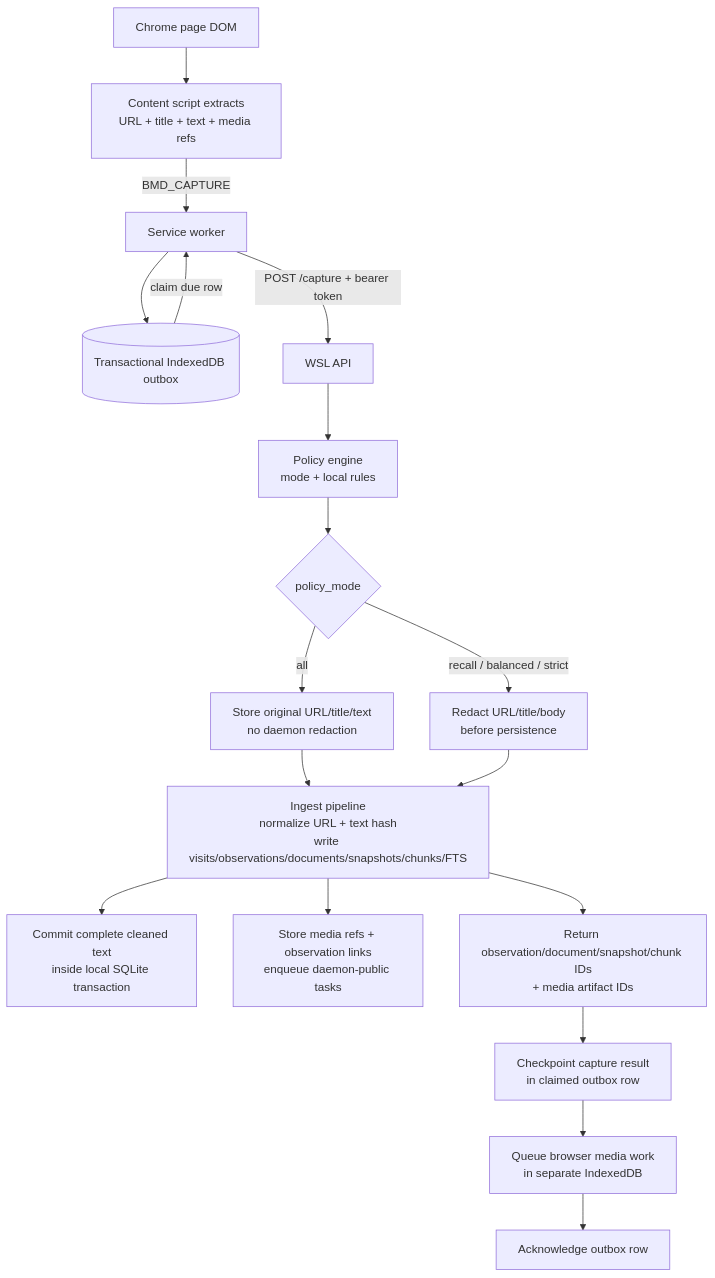
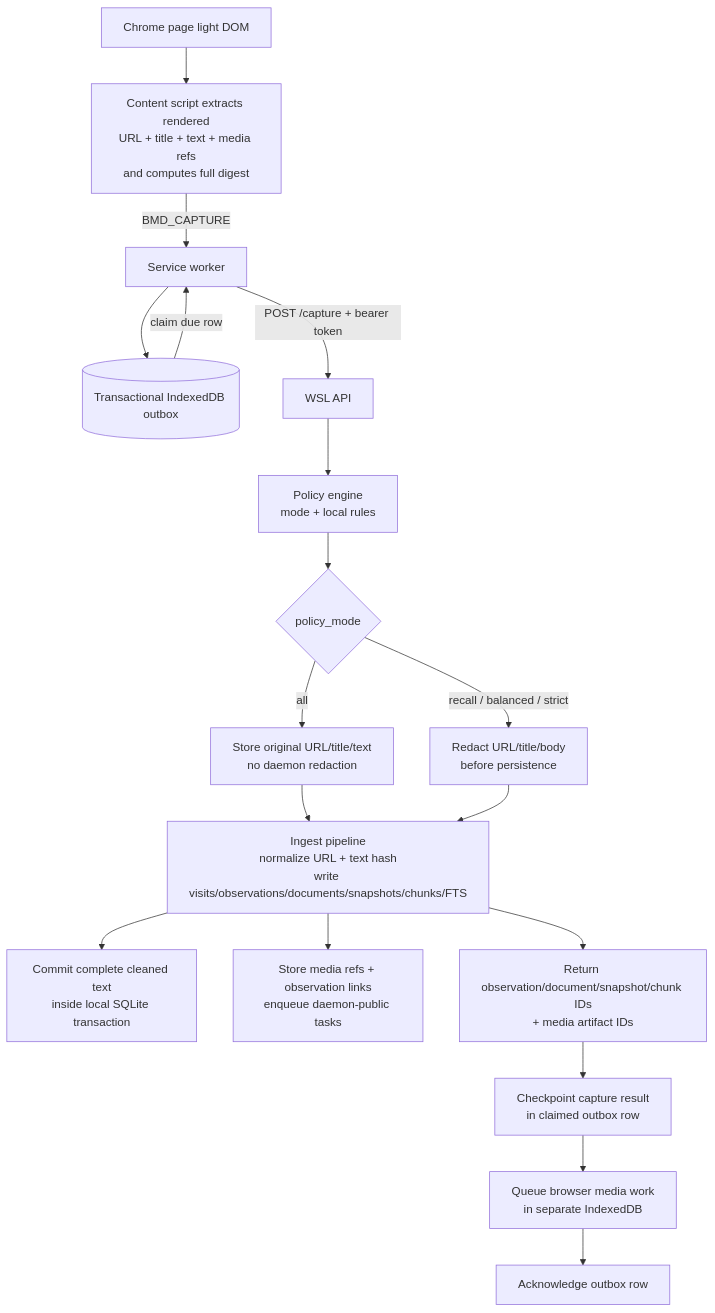
The third of 8 diagrams in docs/DIAGRAMS.md (michaelnicks0/browser-memory-daemon), drawn with Mermaid before and after one commit. The commit also changed other lines of this file and 48 other files, not shown here.

Commit message:
fix(extension): use full digest and rendered visibility

````diff
--- a/docs/DIAGRAMS.md
+++ b/docs/DIAGRAMS.md
@@ -66,20 +66,20 @@
 ```mermaid
 flowchart TD
-  Page["Chrome page DOM"] --> Extract["Content script extracts<br/>URL + title + text + media refs"]
+  Page["Chrome page light DOM"] --> Extract["Content script extracts rendered<br/>URL + title + text + media refs<br/>and computes full digest"]
   Extract -->|"BMD_CAPTURE"| SW["Service worker"]
   SW --> Outbox[("Transactional IndexedDB outbox")]
   Outbox -->|"claim due row"| SW
   SW -->|"POST /capture + bearer token"| API["WSL API"]
   API --> Policy["Policy engine<br/>mode + local rules"]
   Policy --> Decision{"policy_mode"}
   Decision -->|"all"| All["Store original URL/title/text<br/>no daemon redaction"]
   Decision -->|"recall / balanced / strict"| Redact["Redact URL/title/body<br/>before persistence"]
   All --> Store["Ingest pipeline<br/>normalize URL + text hash<br/>write visits/observations/documents/snapshots/chunks/FTS"]
   Redact --> Store
   Store --> SQLiteText["Commit complete cleaned text<br/>inside local SQLite transaction"]
   Store --> MediaRefs["Store media refs + observation links<br/>enqueue daemon-public tasks"]
   Store --> Response["Return observation/document/snapshot/chunk IDs<br/>+ media artifact IDs"]
   Response --> Checkpoint["Checkpoint capture result<br/>in claimed outbox row"]
   Checkpoint --> Queue["Queue browser media work<br/>in separate IndexedDB"]
   Queue --> Ack["Acknowledge outbox row"]
 ```
````
